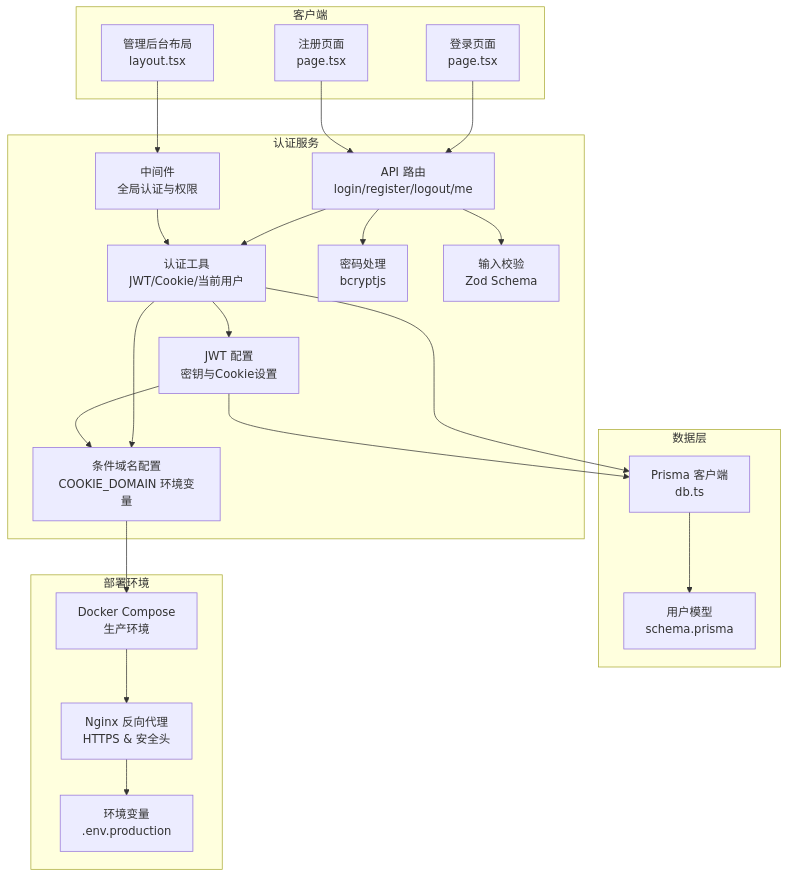
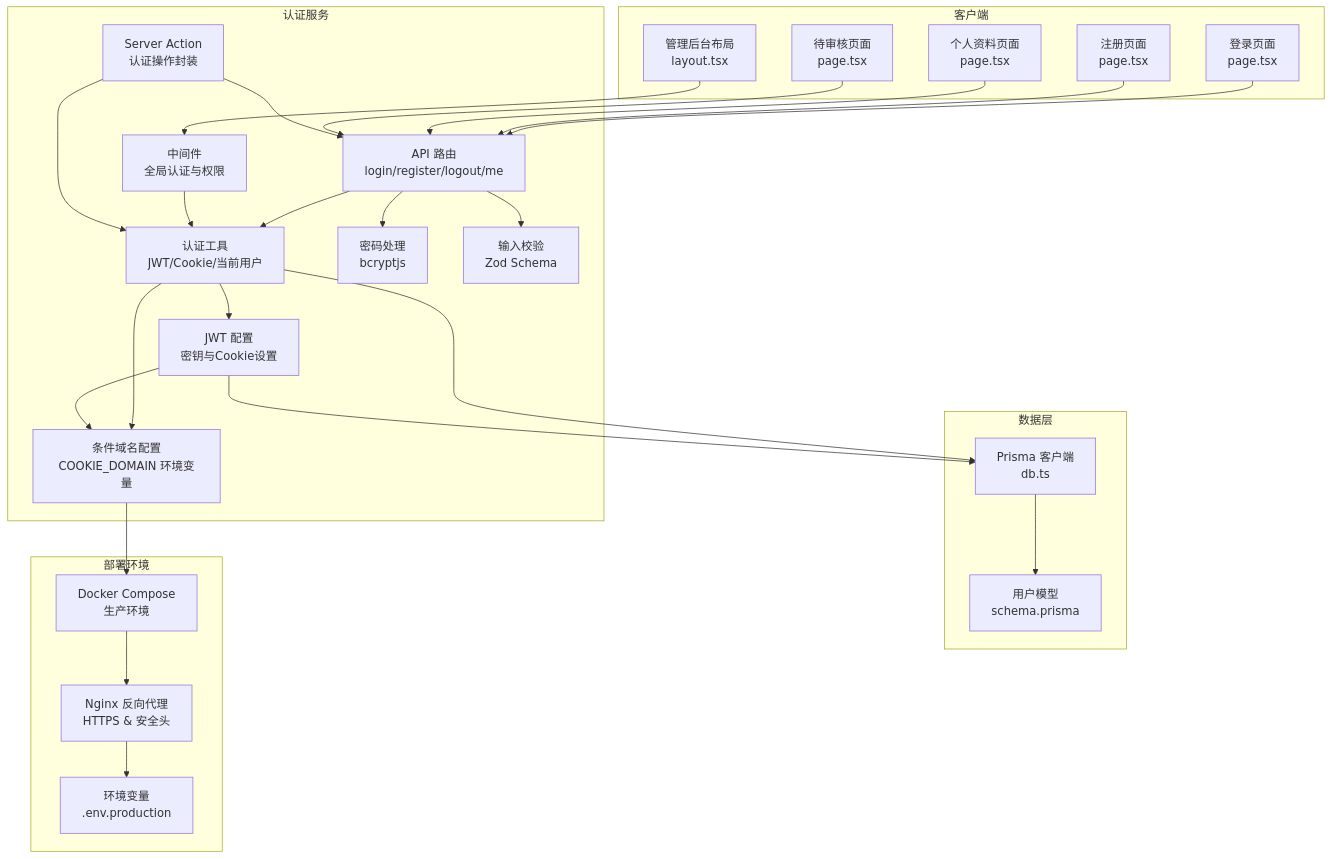
One commit to three3638-arch/celestia_2b changed the first of 7 diagrams in .qoder/repowiki/zh/content/认证系统/认证系统.md. Above: the diagram before and after it, drawn with Mermaid. The commit also changed other lines of this file and 6 other files, not shown here.

````diff
--- a/.qoder/repowiki/zh/content/认证系统/认证系统.md
+++ b/.qoder/repowiki/zh/content/认证系统/认证系统.md
@@ -63,42 +69,49 @@
 ```mermaid
 graph TB
 subgraph "认证服务"
 A["API 路由<br/>login/register/logout/me"]
 B["认证工具<br/>JWT/Cookie/当前用户"]
 C["密码处理<br/>bcryptjs"]
 D["输入校验<br/>Zod Schema"]
 E["中间件<br/>全局认证与权限"]
 F["JWT 配置<br/>密钥与Cookie设置"]
 G["条件域名配置<br/>COOKIE_DOMAIN 环境变量"]
+H["Server Action<br/>认证操作封装"]
 end
 subgraph "数据层"
-H["Prisma 客户端<br/>db.ts"]
-I["用户模型<br/>schema.prisma"]
+I["Prisma 客户端<br/>db.ts"]
+J["用户模型<br/>schema.prisma"]
 end
 subgraph "客户端"
-J["登录页面<br/>page.tsx"]
-K["注册页面<br/>page.tsx"]
-L["管理后台布局<br/>layout.tsx"]
+K["登录页面<br/>page.tsx"]
+L["注册页面<br/>page.tsx"]
+M["个人资料页面<br/>page.tsx"]
+N["待审核页面<br/>page.tsx"]
+O["管理后台布局<br/>layout.tsx"]
 end
 subgraph "部署环境"
-M["Docker Compose<br/>生产环境"]
-N["Nginx 反向代理<br/>HTTPS & 安全头"]
-O["环境变量<br/>.env.production"]
+P["Docker Compose<br/>生产环境"]
+Q["Nginx 反向代理<br/>HTTPS & 安全头"]
+R["环境变量<br/>.env.production"]
 end
 A --> B
 A --> C
 A --> D
 B --> F
 B --> G
 F --> G
-G --> M
-M --> N
-N --> O
-B --> H
-F --> H
-H --> I
+G --> P
+P --> Q
+Q --> R
+B --> I
+F --> I
+I --> J
 E --> B
-J --> A
 K --> A
-L --> E
+L --> A
+M --> A
+N --> A
+O --> E
+H --> B
+H --> A
 ```
````
